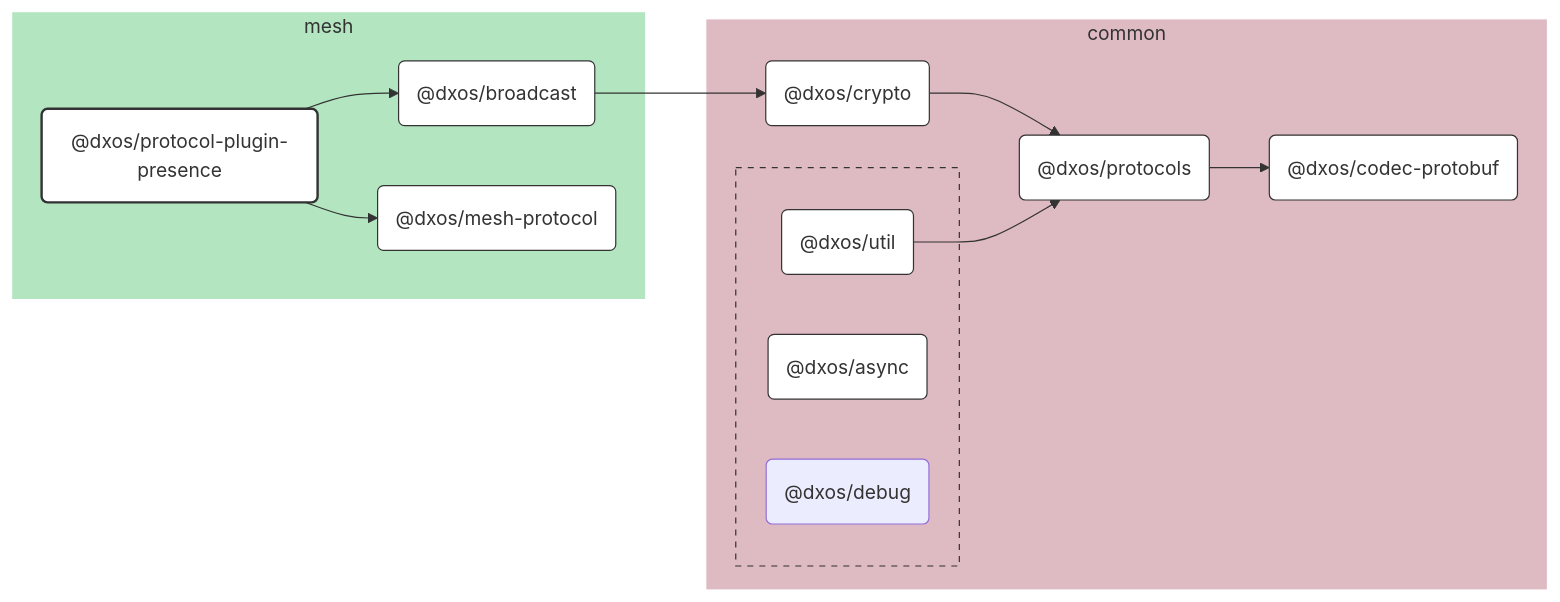
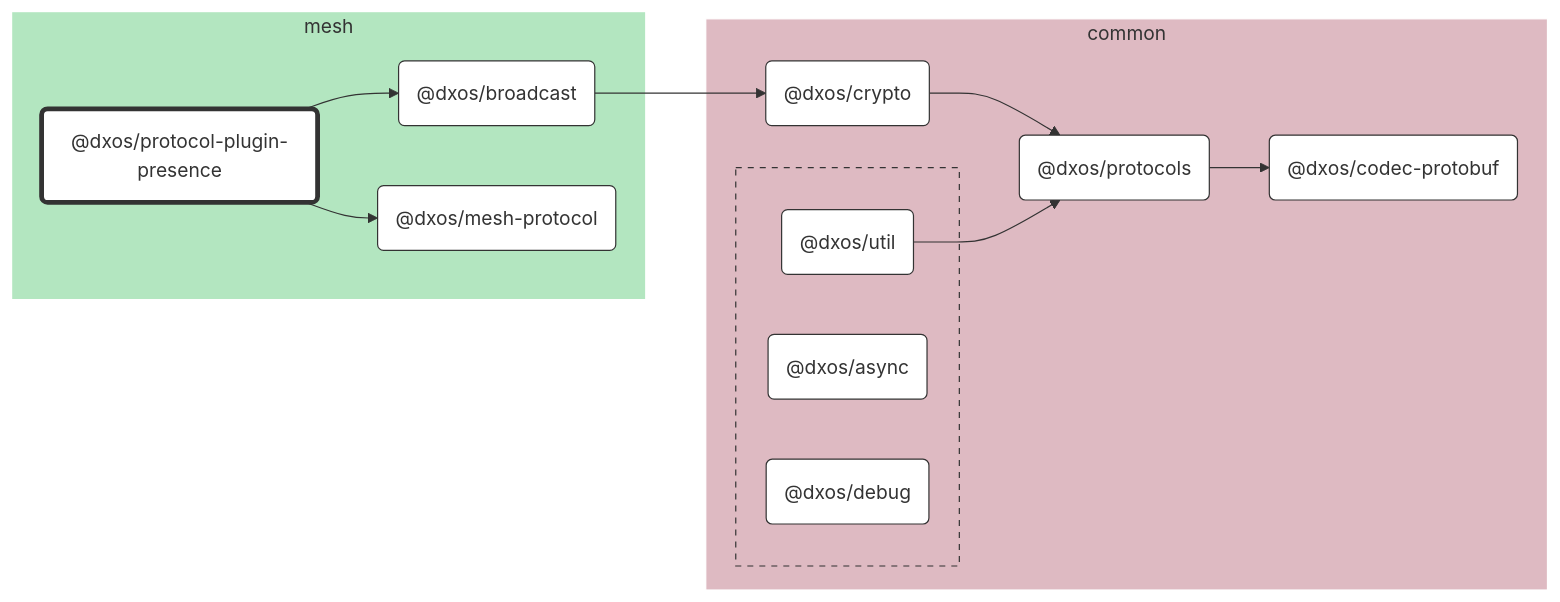
One commit to dxos/dxos changed the diagram in packages/mesh/protocol-plugin-presence/docs/README.md. Above: the diagram before and after it, drawn with Mermaid. The commit also changed other lines of this file and 86 other files, not shown here.

````diff
--- a/packages/mesh/protocol-plugin-presence/docs/README.md
+++ b/packages/mesh/protocol-plugin-presence/docs/README.md
@@ -7,63 +7,65 @@
 ```mermaid
 %%{ init: {'flowchart':{'curve':'basis'}} }%%
 
 flowchart LR
 
 %% Links
 dxos/broadcast --> dxos/crypto;
 dxos/crypto --> dxos/protocols;
 dxos/protocol-plugin-presence --> dxos/broadcast;
 dxos/protocol-plugin-presence --> dxos/mesh-protocol;
 dxos/protocols --> dxos/codec-protobuf;
 dxos/util --> dxos/protocols;
 
 %% Sections
 subgraph mesh
   style mesh fill:#b3e6c0,stroke:#fff;
 
   dxos/broadcast("@dxos/broadcast")
   dxos/mesh-protocol("@dxos/mesh-protocol")
   dxos/protocol-plugin-presence("@dxos/protocol-plugin-presence")
 end
 
 subgraph common
   style common fill:#debac2,stroke:#fff;
 
   dxos/codec-protobuf("@dxos/codec-protobuf")
   dxos/crypto("@dxos/crypto")
   dxos/protocols("@dxos/protocols")
 
   subgraph common-excluded [ ]
     style common-excluded fill:#debac2,stroke:#333,stroke-dasharray:5 5;
 
     dxos/async("@dxos/async")
     dxos/debug("@dxos/debug")
     dxos/util("@dxos/util")
   end
 end
 
 
 %% Hyperlinks
 click dxos/async "dxos/dxos/tree/main/packages/common/async/docs";
 click dxos/broadcast "dxos/dxos/tree/main/packages/mesh/broadcast/docs";
 click dxos/codec-protobuf "dxos/dxos/tree/main/packages/common/codec-protobuf/docs";
 click dxos/crypto "dxos/dxos/tree/main/packages/common/crypto/docs";
+click dxos/debug "dxos/dxos/tree/main/packages/common/debug/docs";
 click dxos/mesh-protocol "dxos/dxos/tree/main/packages/mesh/mesh-protocol/docs";
 click dxos/protocols "dxos/dxos/tree/main/packages/common/protocols/docs";
 click dxos/util "dxos/dxos/tree/main/packages/common/util/docs";
 
 %% Styles
-classDef rootNode fill:#fff,stroke:#333,stroke-width:2px
+classDef rootNode fill:#fff,stroke:#333,stroke-width:4px
 classDef defaultNode fill:#fff,stroke:#333,stroke-width:1px
 linkStyle default stroke:#333,stroke-width:1px
 
 dxos/protocol-plugin-presence:::rootNode
 
 dxos/async:::defaultNode
 dxos/broadcast:::defaultNode
 dxos/codec-protobuf:::defaultNode
 dxos/crypto:::defaultNode
+dxos/debug:::defaultNode
 dxos/mesh-protocol:::defaultNode
 dxos/protocols:::defaultNode
 dxos/util:::defaultNode
 ```
````
